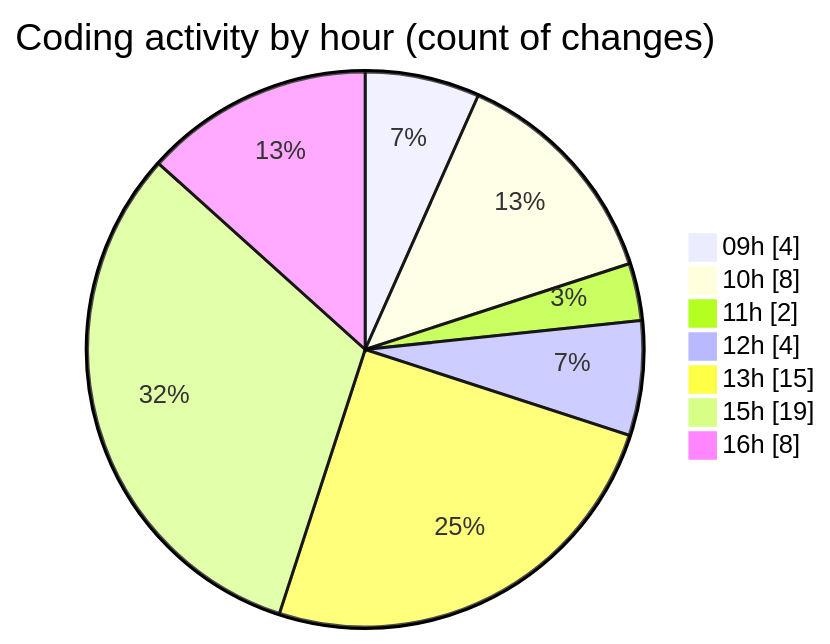
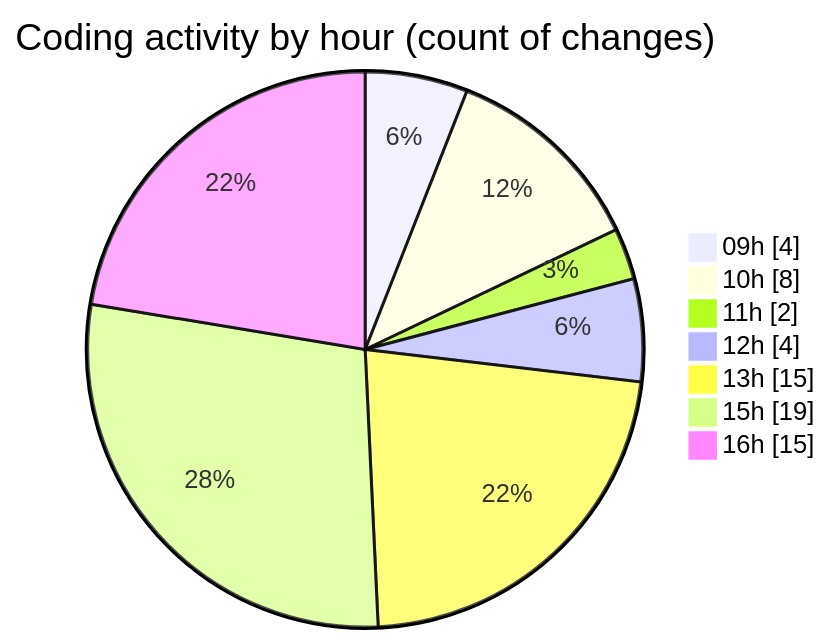
The second of 2 diagrams in 2026-06-03/cda/README.md (momahboobian/code-tracking), drawn with Mermaid before and after one commit. The commit also changed other lines of this file and 1 other file, not shown here.

````diff
--- a/2026-06-03/cda/README.md
+++ b/2026-06-03/cda/README.md
@@ -58,11 +59,11 @@
 ```mermaid
 pie showData
 title Coding activity by hour (count of changes)
 "09h" : 4
 "10h" : 8
 "11h" : 2
 "12h" : 4
 "13h" : 15
 "15h" : 19
-"16h" : 8
+"16h" : 15
 ```
````
